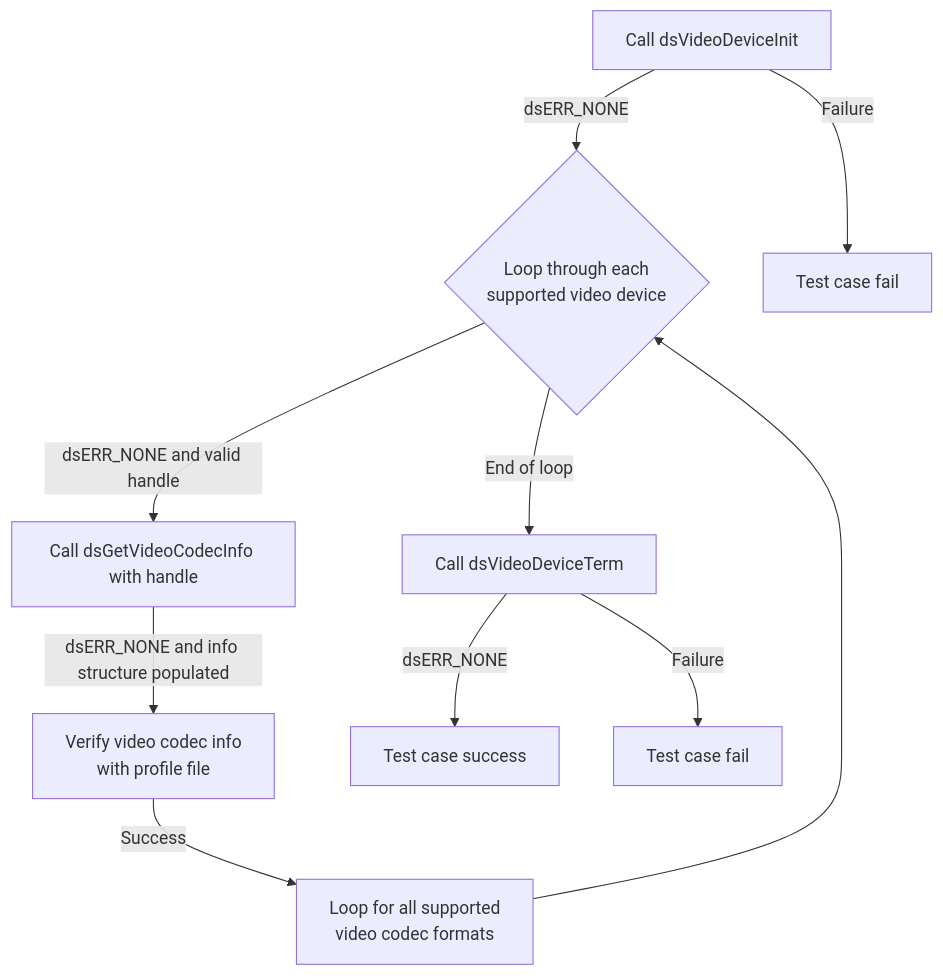
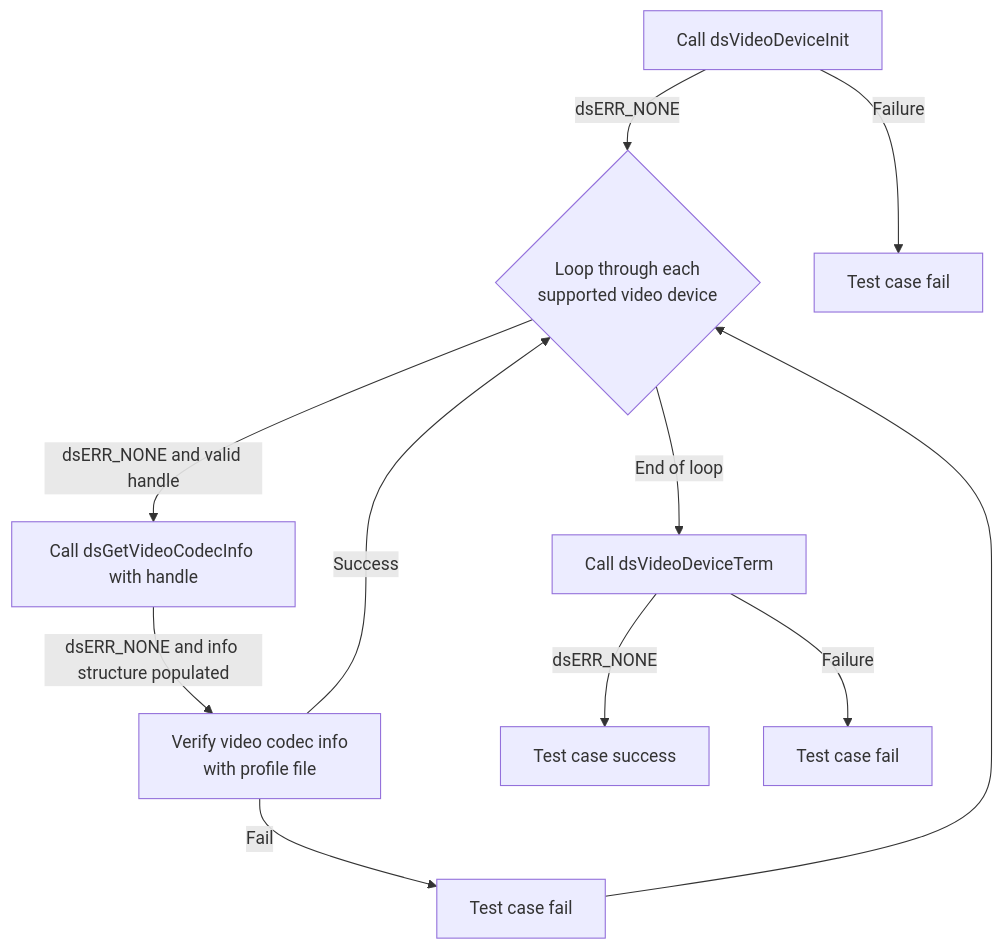
The fourth of 5 diagrams in docs/pages/ds-video-device_L2-Low-Level_TestSpec.md (rdkcentral/rdk-halif-test-device_settings), drawn with Mermaid before and after one commit. The commit also changed other lines of this file and 13 other files, not shown here.

````diff
--- a/docs/pages/ds-video-device_L2-Low-Level_TestSpec.md
+++ b/docs/pages/ds-video-device_L2-Low-Level_TestSpec.md
@@ -273,12 +197,13 @@
 ```mermaid
 graph TB
-A[Call dsVideoDeviceInit] -->|dsERR_NONE| B{Loop through each <br>supported video device}
-A -->|Failure| A1[Test case fail]
-B -->|dsERR_NONE and valid handle| C[Call dsGetVideoCodecInfo with handle]
-C -->|dsERR_NONE and info structure populated| D[Verify video codec info <br> with profile file]
-D -->|Success| E[Loop for all supported <br> video codec formats]
-E --> B
-B -->|End of loop| F[Call dsVideoDeviceTerm]
-F -->|dsERR_NONE| G[Test case success]
-F -->|Failure| F1[Test case fail]
+A[Call dsVideoDeviceInit] -->|dsERR_NONE|B{Loop through each <br>supported video device}
+A -->|Failure|A1[Test case fail]
+B -->|dsERR_NONE and valid handle|C[Call dsGetVideoCodecInfo with handle]
+C -->|dsERR_NONE and info structure populated|D[Verify video codec info <br> with profile file]
+D -->|Success|B
+D -->|Fail|D1[Test case fail]
+D1 --> B
+B -->|End of loop|F[Call dsVideoDeviceTerm]
+F -->|dsERR_NONE|G[Test case success]
+F -->|Failure|F1[Test case fail]
 ```
````
